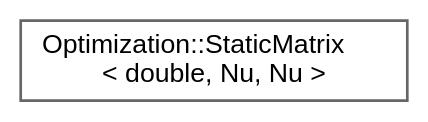
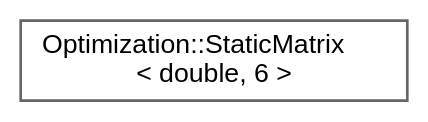
Before and after one commit to jswoo0615/Algorithms_for_Optimization_cpp: the diagram in inherit_graph_67.dot, drawn with Graphviz. The commit also changed 109 other files, not shown here.

```diff
--- a/inherit_graph_67.dot
+++ b/inherit_graph_67.dot
@@ -1,9 +1,9 @@
 digraph "Graphical Class Hierarchy"
 {
  // LATEX_PDF_SIZE
   bgcolor="transparent";
   edge [fontname=Helvetica,fontsize=10,labelfontname=Helvetica,labelfontsize=10];
   node [fontname=Helvetica,fontsize=10,shape=box,height=0.2,width=0.4];
   rankdir="LR";
-  Node0 [id="Node000000",label="Optimization::StaticMatrix\l\< double, Nu, Nu \>",height=0.2,width=0.4,color="grey40", fillcolor="white", style="filled",URL="$classOptimization_1_1StaticMatrix.html",tooltip=" "];
+  Node0 [id="Node000000",label="Optimization::StaticMatrix\l\< double, 6 \>",height=0.2,width=0.4,color="grey40", fillcolor="white", style="filled",URL="$classOptimization_1_1StaticMatrix.html",tooltip=" "];
 }
```
